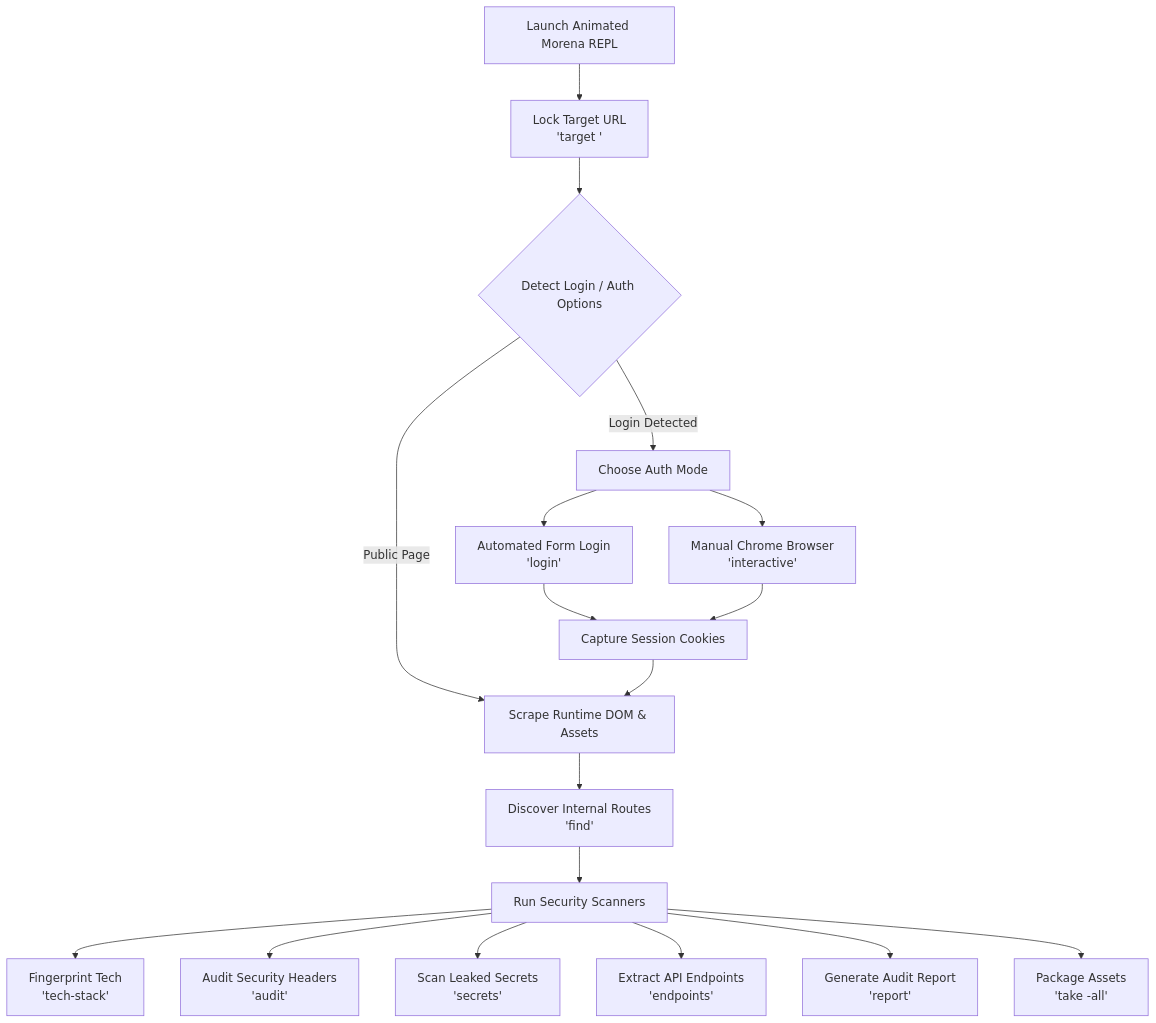
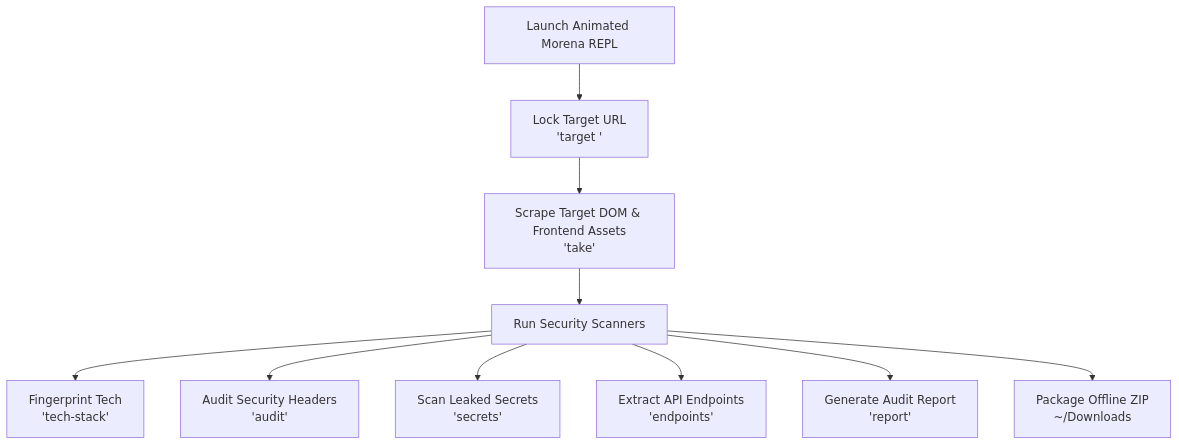
One commit to antoniusjairus4/Morena changed the diagram in README.md. Above: the diagram before and after it, drawn with Mermaid. The commit also changed other lines of this file, not shown here.

Commit message:
Removed all the routing thingies && updated readme

````diff
--- a/README.md
+++ b/README.md
@@ -46,20 +45,12 @@
 ```mermaid
 flowchart TD
     A[Launch Animated Morena REPL] --> B[Lock Target URL\n'target <url>']
-    B --> C{Detect Login / Auth Options}
-    C -- Login Detected --> D[Choose Auth Mode]
-    D --> E[Automated Form Login\n'login']
-    D --> F[Manual Chrome Browser\n'interactive']
-    E --> G[Capture Session Cookies]
-    F --> G
-    C -- Public Page --> H[Scrape Runtime DOM & Assets]
-    G --> H
-    H --> I[Discover Internal Routes\n'find']
-    I --> J[Run Security Scanners]
-    J --> K1[Fingerprint Tech\n'tech-stack']
-    J --> K2[Audit Security Headers\n'audit']
-    J --> K3[Scan Leaked Secrets\n'secrets']
-    J --> K4[Extract API Endpoints\n'endpoints']
-    J --> L[Generate Audit Report\n'report']
-    J --> M[Package Assets\n'take -all']
+    B --> C[Scrape Target DOM & Frontend Assets\n'take']
+    C --> D[Run Security Scanners]
+    D --> E1[Fingerprint Tech\n'tech-stack']
+    D --> E2[Audit Security Headers\n'audit']
+    D --> E3[Scan Leaked Secrets\n'secrets']
+    D --> E4[Extract API Endpoints\n'endpoints']
+    D --> F[Generate Audit Report\n'report']
+    D --> G[Package Offline ZIP\n~/Downloads]
 ```
````
